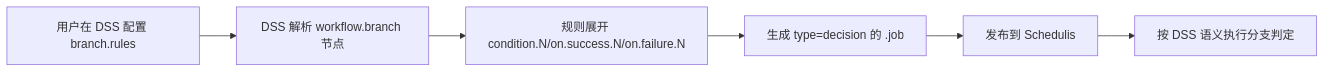
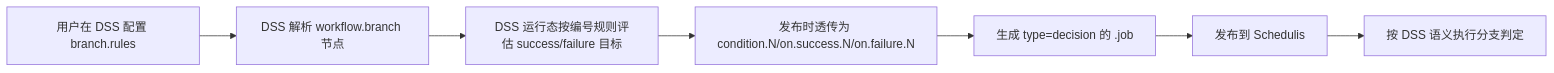
The seventh of 7 diagrams in docs/1.21.0/requirements/工作流分支节点_需求.md (WeDataSphere/DataSphereStudio), drawn with Mermaid before and after one commit. The commit also changed other lines of this file and 4 other files, not shown here.

````diff
--- a/docs/1.21.0/requirements/工作流分支节点_需求.md
+++ b/docs/1.21.0/requirements/工作流分支节点_需求.md
@@ -159,8 +184,9 @@
 ```mermaid
 flowchart LR
     A[用户在 DSS 配置 branch.rules] --> B[DSS 解析 workflow.branch 节点]
-    B --> C[规则展开 condition.N/on.success.N/on.failure.N]
-    C --> D[生成 type=decision 的 .job]
-    D --> E[发布到 Schedulis]
-    E --> F[按 DSS 语义执行分支判定]
+    B --> C[DSS 运行态按编号规则评估 success/failure 目标]
+    C --> D[发布时透传为 condition.N/on.success.N/on.failure.N]
+    D --> E[生成 type=decision 的 .job]
+    E --> F[发布到 Schedulis]
+    F --> G[按 DSS 语义执行分支判定]
 ```
````
